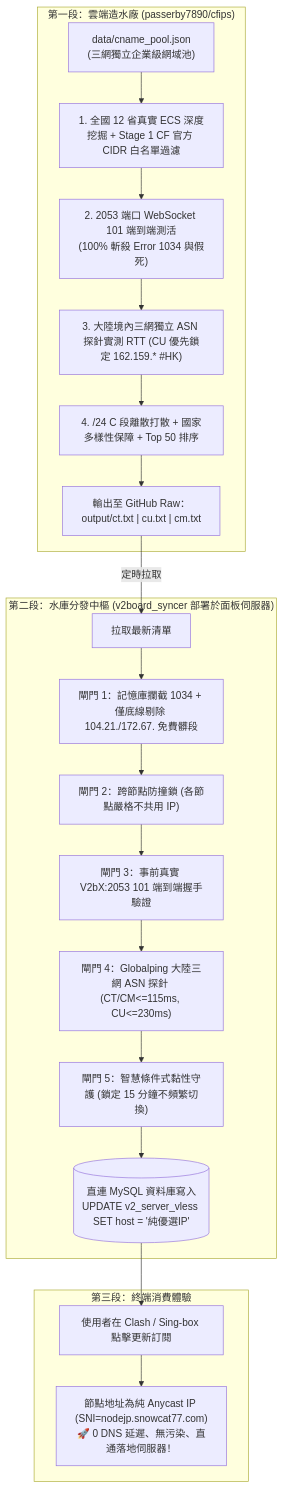
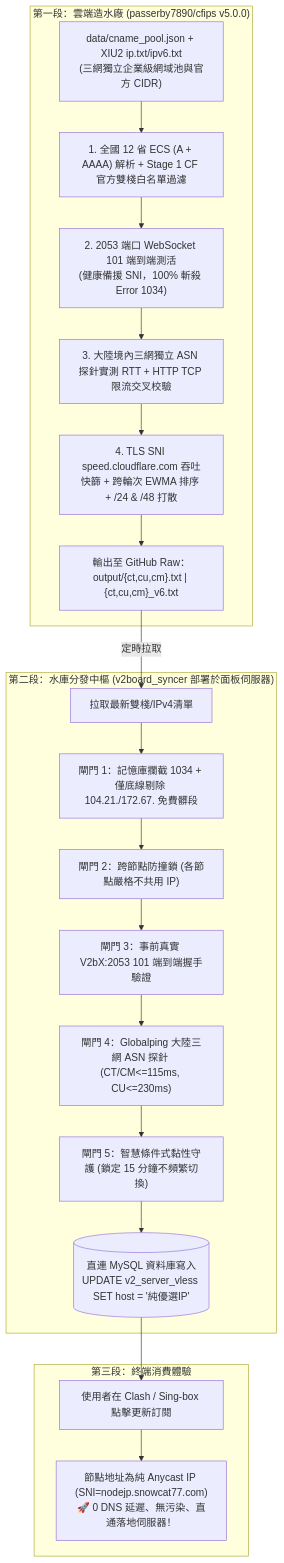
The diagram in ARCHITECTURE_AND_SOP.md (passerby7890/cfips), drawn with Mermaid before and after one commit. The commit also changed other lines of this file and 26 other files, not shown here.

Commit message:
feat(v5.0.0): release P1/P2/P3 audit, CI gates, CM IPv6 ASN routing, and verified dual-stack outputs

````diff
--- a/ARCHITECTURE_AND_SOP.md
+++ b/ARCHITECTURE_AND_SOP.md
@@ -20,25 +20,25 @@
 ```mermaid
 flowchart TD
-    subgraph S1["第一段：雲端造水廠 (passerby7890/cfips)"]
-        D["data/cname_pool.json<br/>(三網獨立企業級網域池)"] --> P1["1. 全國 12 省真實 ECS 深度挖掘 + Stage 1 CF 官方 CIDR 白名單過濾"]
-        P1 --> P2["2. 2053 端口 WebSocket 101 端到端測活<br/>(100% 斬殺 Error 1034 與假死)"]
-        P2 --> P3["3. 大陸境內三網獨立 ASN 探針實測 RTT (CU 優先鎖定 162.159.* #HK)"]
-        P3 --> P4["4. /24 C 段離散打散 + 國家多樣性保障 + Top 50 排序"]
-        P4 --> OUT["輸出至 GitHub Raw：<br/>output/ct.txt | cu.txt | cm.txt"]
+    subgraph S1["第一段：雲端造水廠 (passerby7890/cfips v5.0.0)"]
+        D["data/cname_pool.json + XIU2 ip.txt/ipv6.txt<br/>(三網獨立企業級網域池與官方 CIDR)"] --> P1["1. 全國 12 省 ECS (A + AAAA) 解析 + Stage 1 CF 官方雙棧白名單過濾"]
+        P1 --> P2["2. 2053 端口 WebSocket 101 端到端測活<br/>(健康備援 SNI，100% 斬殺 Error 1034)"]
+        P2 --> P3["3. 大陸境內三網獨立 ASN 探針實測 RTT + HTTP TCP 限流交叉校驗"]
+        P3 --> P4["4. TLS SNI speed.cloudflare.com 吞吐快篩 + 跨輪次 EWMA 排序 + /24 & /48 打散"]
+        P4 --> OUT["輸出至 GitHub Raw：<br/>output/{ct,cu,cm}.txt | {ct,cu,cm}_v6.txt"]
     end
 
     subgraph S2["第二段：水庫分發中樞 (v2board_syncer 部署於面板伺服器)"]
-        OUT --"定時拉取"--> RAW["拉取最新清單"]
+        OUT --"定時拉取"--> RAW["拉取最新雙棧/IPv4清單"]
         RAW --> G1["閘門 1：記憶庫攔截 1034 + 僅底線剔除 104.21./172.67. 免費髒段"]
         G1 --> G2["閘門 2：跨節點防撞鎖 (各節點嚴格不共用 IP)"]
         G2 --> G3["閘門 3：事前真實 V2bX:2053 101 端到端握手驗證"]
         G3 --> G4["閘門 4：Globalping 大陸三網 ASN 探針 (CT/CM<=115ms, CU<=230ms)"]
         G4 --> G5["閘門 5：智慧條件式黏性守護 (鎖定 15 分鐘不頻繁切換)"]
         G5 --> SQL[("直連 MySQL 資料庫寫入<br/>UPDATE v2_server_vless SET host = '純優選IP'")]
     end
 
     subgraph S3["第三段：終端消費體驗"]
         SQL --> SUB["使用者在 Clash / Sing-box 點擊更新訂閱"]
         SUB --> CLIENT["節點地址為純 Anycast IP (SNI=nodejp.snowcat77.com)<br/>🚀 0 DNS 延遲、無污染、直通落地伺服器！"]
     end
 ```
````
